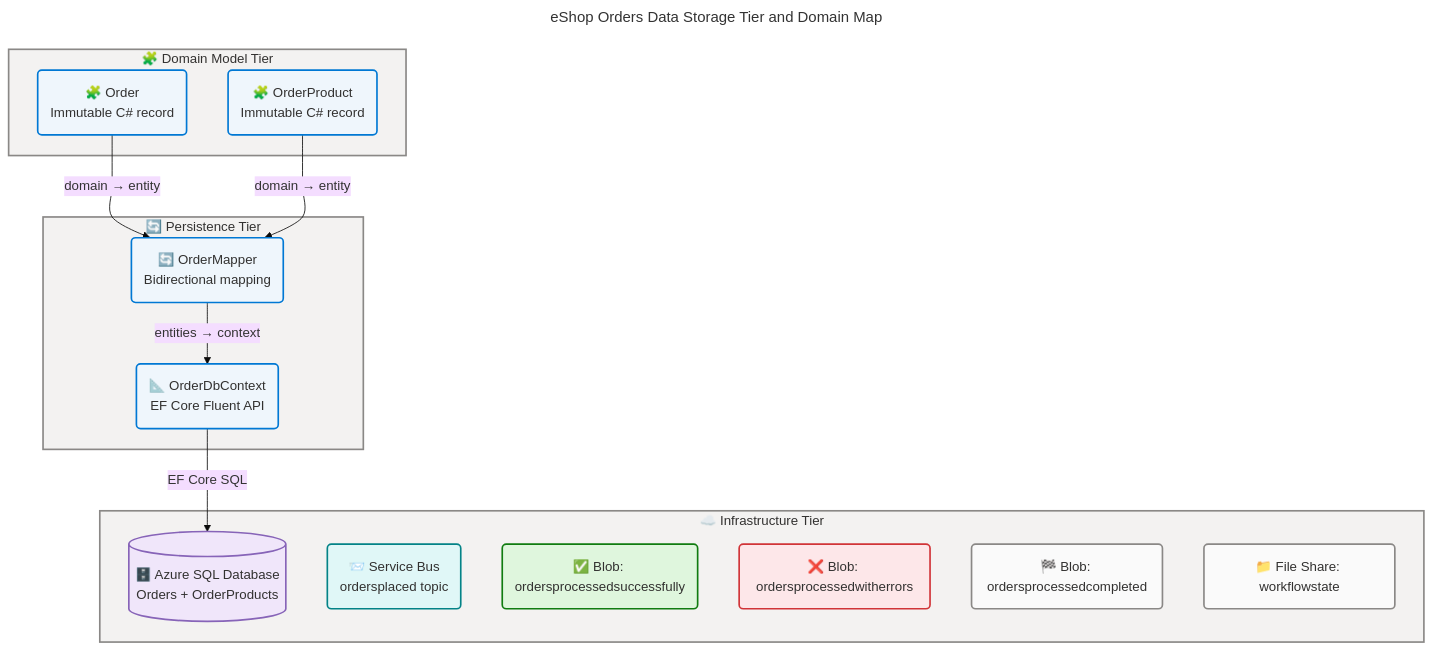
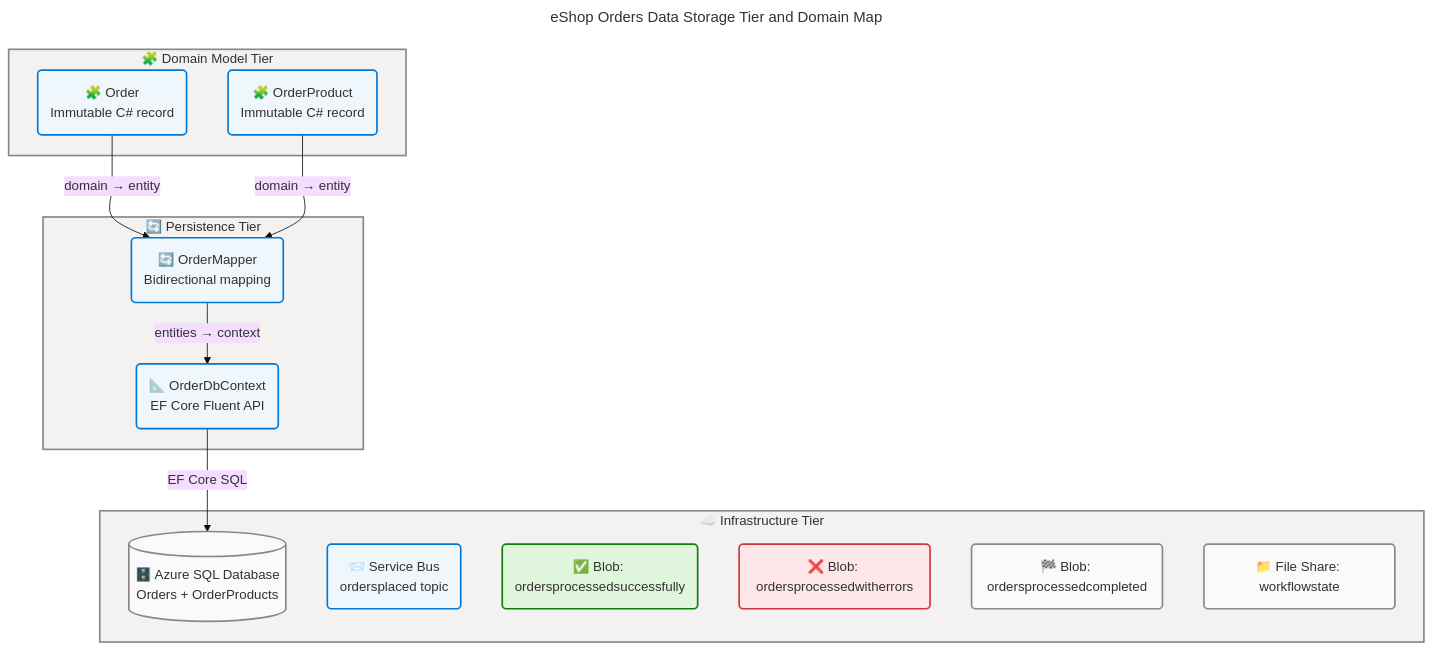
Before and after one commit to Evilazaro/Azure-LogicApps-Monitoring: the first of 7 diagrams in docs/architecture/data-architecture.md, drawn with Mermaid. The commit also changed other lines of this file, not shown here.

Commit message:
style: Update class definitions in architecture diagrams to use 'neutral' and 'core' for data elements

````diff
--- a/docs/architecture/data-architecture.md
+++ b/docs/architecture/data-architecture.md
@@ -137,63 +137,63 @@
 ```mermaid
 ---
 title: eShop Orders Data Storage Tier and Domain Map
 config:
   theme: base
   look: classic
   layout: dagre
   themeVariables:
     fontSize: '16px'
   flowchart:
     htmlLabels: true
     curve: cardinal
 ---
 flowchart TB
     accTitle: eShop Orders Data Storage Tier and Domain Map
     accDescr: Three-tier storage architecture showing the Domain Model Tier with Order and OrderProduct C# records, the Persistence Tier with OrderMapper and OrderDbContext, and the Infrastructure Tier with Azure SQL Database, Service Bus, Blob Storage containers, and File Share.
 
     %% ═══════════════════════════════════════════════════════════════════════════
     %% AZURE / FLUENT ARCHITECTURE PATTERN v1.1
     %% (Semantic + Structural + Font + Accessibility Governance)
     %% ═══════════════════════════════════════════════════════════════════════════
     %% PHASE 1 - FLUENT UI: All styling uses approved Fluent UI palette only
     %% PHASE 2 - GROUPS: Every subgraph has semantic color via style directive
     %% PHASE 3 - COMPONENTS: Every node has semantic classDef + icon prefix
     %% PHASE 4 - ACCESSIBILITY: accTitle/accDescr present, WCAG AA contrast
     %% PHASE 5 - STANDARD: Governance block present, classDefs centralized
     %% ═══════════════════════════════════════════════════════════════════════════
 
     subgraph DomainTier["🧩 Domain Model Tier"]
         OM("🧩 Order<br>Immutable C# record"):::core
         OPM("🧩 OrderProduct<br>Immutable C# record"):::core
     end
 
     subgraph PersistenceTier["🔄 Persistence Tier"]
         OMAP("🔄 OrderMapper<br>Bidirectional mapping"):::core
         ODB("📐 OrderDbContext<br>EF Core Fluent API"):::core
     end
 
     subgraph InfrastructureTier["☁️ Infrastructure Tier"]
-        SQL[("🗄️ Azure SQL Database<br>Orders + OrderProducts")]:::data
-        SB("📨 Service Bus<br>ordersplaced topic"):::external
+        SQL[("🗄️ Azure SQL Database<br>Orders + OrderProducts")]:::neutral
+        SB("📨 Service Bus<br>ordersplaced topic"):::core
         BS1("✅ Blob: ordersprocessedsuccessfully"):::success
         BS2("❌ Blob: ordersprocessedwitherrors"):::danger
         BC("🏁 Blob: ordersprocessedcompleted"):::neutral
         FS("📁 File Share: workflowstate"):::neutral
     end
 
     OM -->|"domain → entity"| OMAP
     OPM -->|"domain → entity"| OMAP
     OMAP -->|"entities → context"| ODB
     ODB -->|"EF Core SQL"| SQL
 
     style DomainTier fill:#F3F2F1,stroke:#8A8886,stroke-width:2px,color:#323130
     style PersistenceTier fill:#F3F2F1,stroke:#8A8886,stroke-width:2px,color:#323130
     style InfrastructureTier fill:#F3F2F1,stroke:#8A8886,stroke-width:2px,color:#323130
 
     classDef neutral fill:#FAFAFA,stroke:#8A8886,stroke-width:2px,color:#323130
     classDef core fill:#EFF6FC,stroke:#0078D4,stroke-width:2px,color:#323130
     classDef data fill:#F0E6FA,stroke:#8764B8,stroke-width:2px,color:#323130
     classDef external fill:#E0F7F7,stroke:#038387,stroke-width:2px,color:#323130
     classDef success fill:#DFF6DD,stroke:#107C10,stroke-width:2px,color:#323130
     classDef danger fill:#FDE7E9,stroke:#D13438,stroke-width:2px,color:#323130
 ```
````
